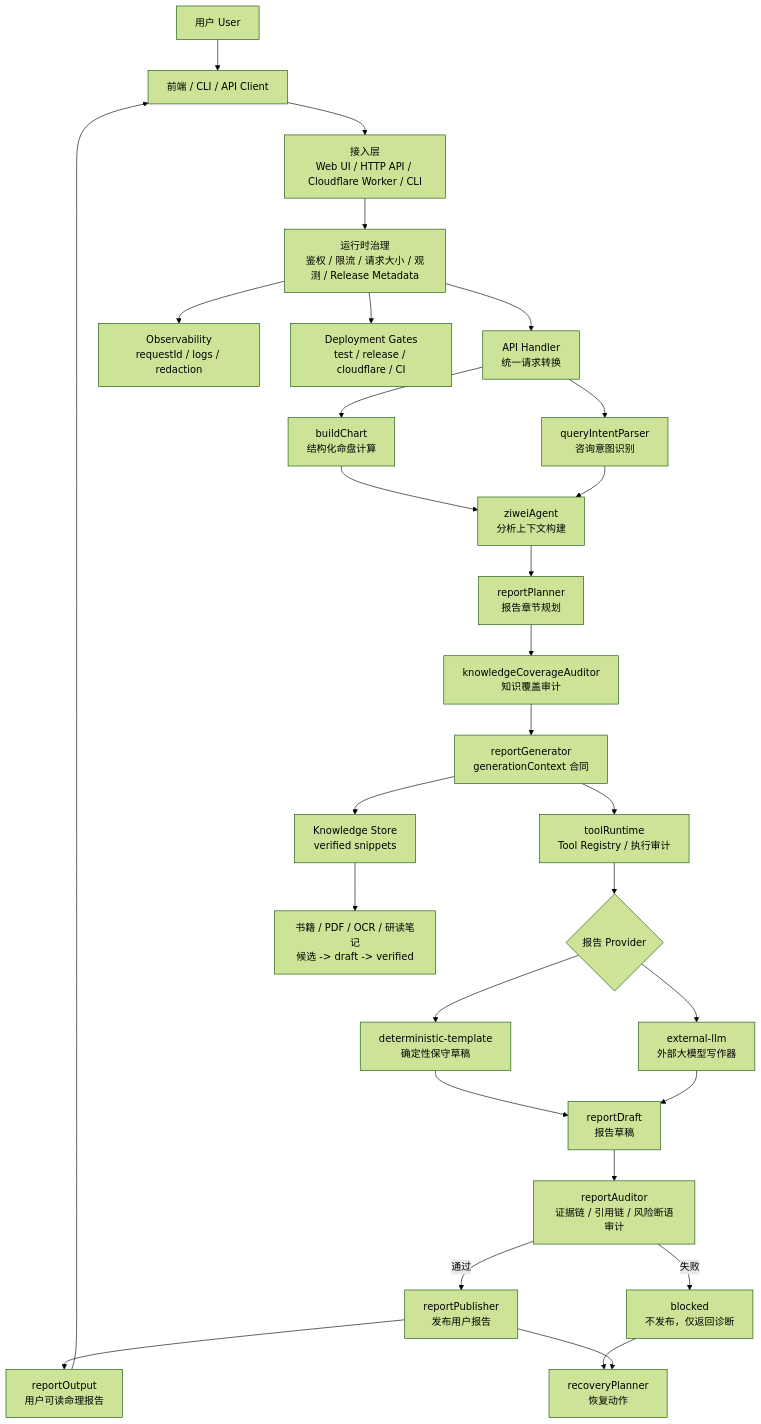
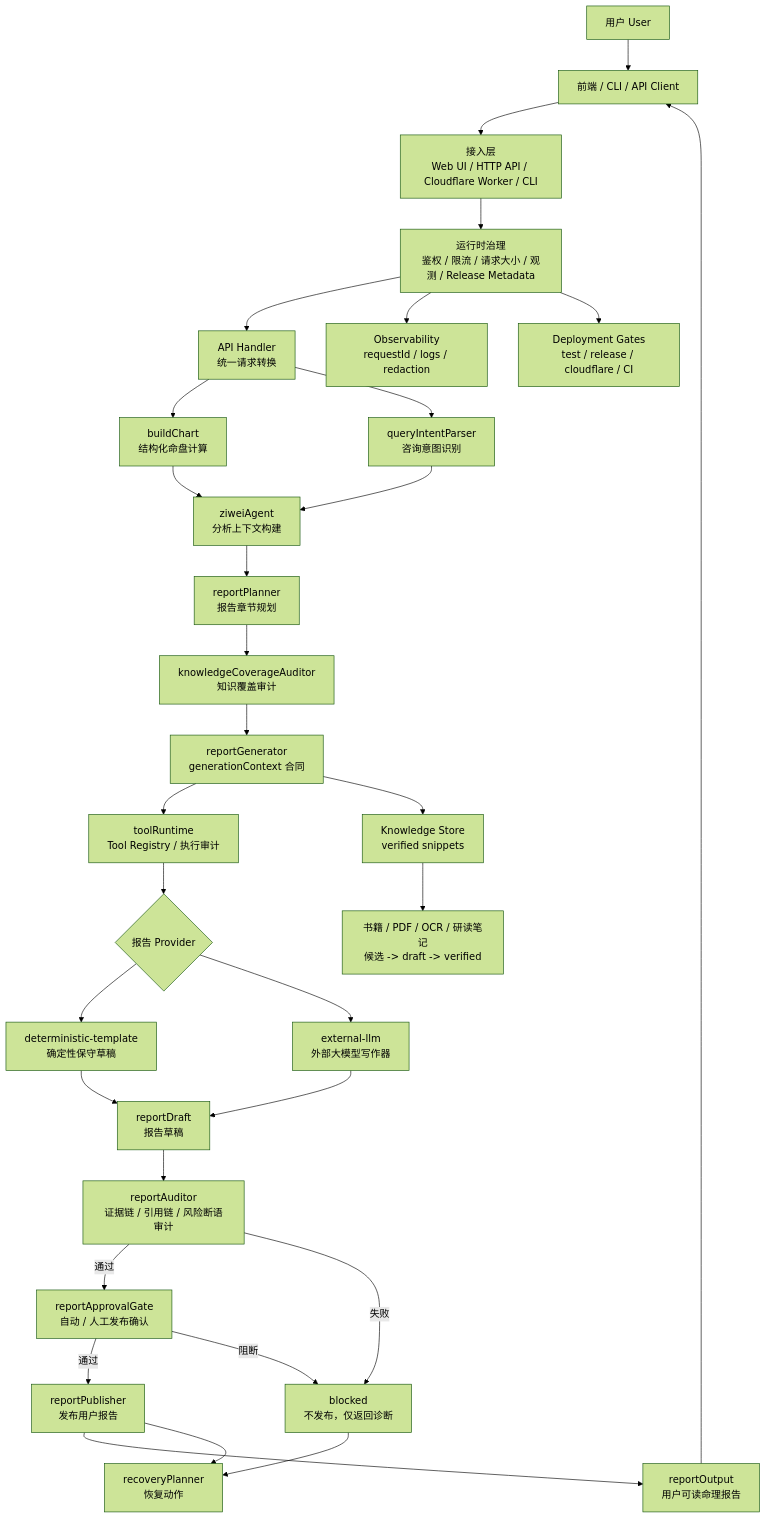
Before and after one commit to BlankLife886/ziwei-agent: the first of 6 diagrams in docs/ZIWEI_AGENT_SYSTEM_ARCHITECTURE.md, drawn with Mermaid (forest theme). The commit also changed other lines of this file and 16 other files, not shown here.

Commit message:
Add report approval gate

````diff
--- a/docs/ZIWEI_AGENT_SYSTEM_ARCHITECTURE.md
+++ b/docs/ZIWEI_AGENT_SYSTEM_ARCHITECTURE.md
@@ -91,41 +94,43 @@
 ```mermaid
 flowchart TD
     U["用户 User"] --> FE["前端 / CLI / API Client"]
     FE --> ACCESS["接入层<br/>Web UI / HTTP API / Cloudflare Worker / CLI"]
 
     ACCESS --> GATE["运行时治理<br/>鉴权 / 限流 / 请求大小 / 观测 / Release Metadata"]
     GATE --> HANDLER["API Handler<br/>统一请求转换"]
 
     HANDLER --> CHART["buildChart<br/>结构化命盘计算"]
     HANDLER --> INTENT["queryIntentParser<br/>咨询意图识别"]
 
     CHART --> AGENT["ziweiAgent<br/>分析上下文构建"]
     INTENT --> AGENT
 
     AGENT --> PLAN["reportPlanner<br/>报告章节规划"]
     PLAN --> KCHECK["knowledgeCoverageAuditor<br/>知识覆盖审计"]
     KCHECK --> GENCTX["reportGenerator<br/>generationContext 合同"]
     GENCTX --> TOOLS["toolRuntime<br/>Tool Registry / 执行审计"]
 
     TOOLS --> PROVIDER{"报告 Provider"}
     PROVIDER --> DET["deterministic-template<br/>确定性保守草稿"]
     PROVIDER --> LLM["external-llm<br/>外部大模型写作器"]
 
     DET --> DRAFT["reportDraft<br/>报告草稿"]
     LLM --> DRAFT
 
     DRAFT --> AUDIT["reportAuditor<br/>证据链 / 引用链 / 风险断语审计"]
-    AUDIT -->|通过| PUB["reportPublisher<br/>发布用户报告"]
+    AUDIT -->|通过| APPROVAL["reportApprovalGate<br/>自动 / 人工发布确认"]
     AUDIT -->|失败| BLOCK["blocked<br/>不发布，仅返回诊断"]
+    APPROVAL -->|通过| PUB["reportPublisher<br/>发布用户报告"]
+    APPROVAL -->|阻断| BLOCK
     BLOCK --> RECOVERY["recoveryPlanner<br/>恢复动作"]
 
     PUB --> OUT["reportOutput<br/>用户可读命理报告"]
     PUB --> RECOVERY
     OUT --> FE
 
     GENCTX --> KBASE["Knowledge Store<br/>verified snippets"]
     KBASE --> SOURCES["书籍 / PDF / OCR / 研读笔记<br/>候选 -> draft -> verified"]
 
     GATE --> OBS["Observability<br/>requestId / logs / redaction"]
     GATE --> DEPLOY["Deployment Gates<br/>test / release / cloudflare / CI"]
 ```
````
